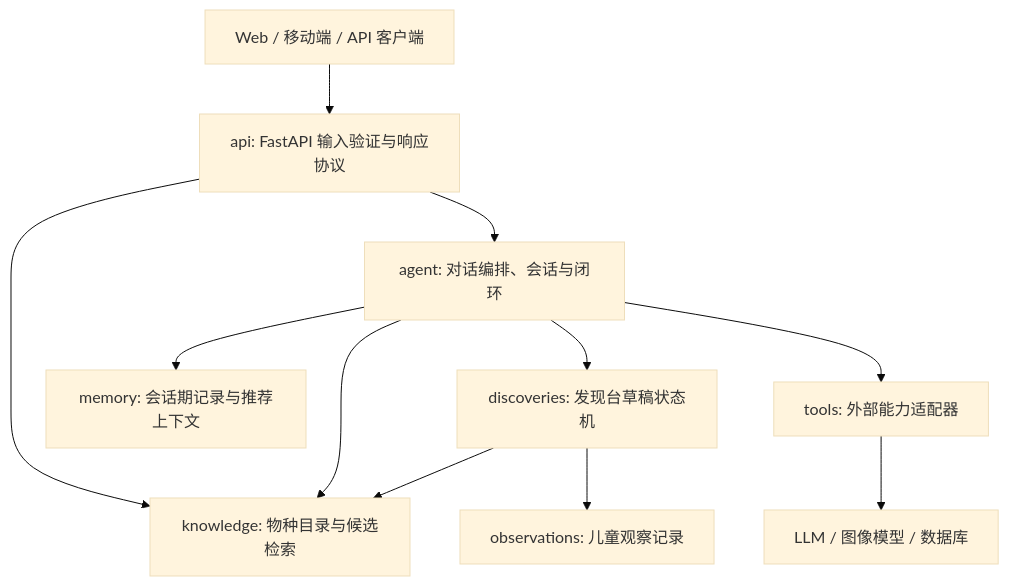
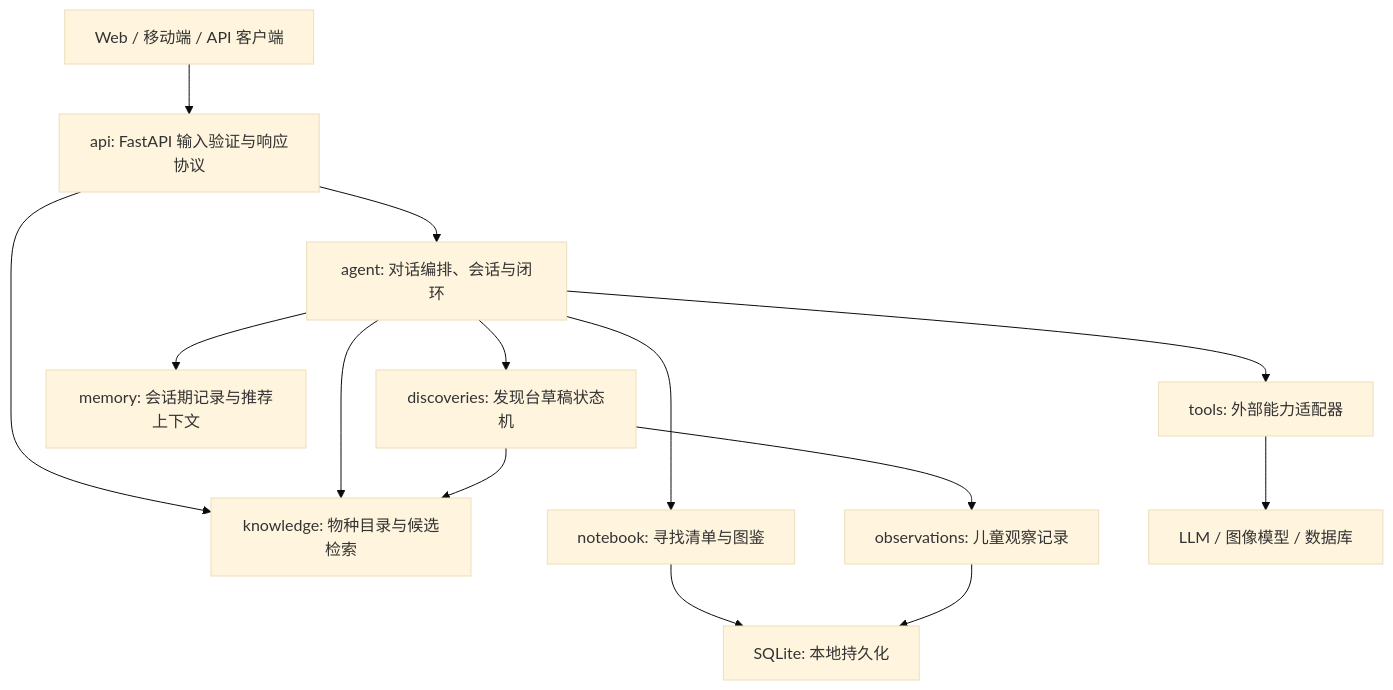
One commit to handsondad/nature-dex changed the first of 2 diagrams in docs/mvp-architecture.md. Above: the diagram before and after it, drawn with Mermaid (base theme). The commit also changed other lines of this file and 24 other files, not shown here.

````diff
--- a/docs/mvp-architecture.md
+++ b/docs/mvp-architecture.md
@@ -11,13 +11,16 @@
 ```mermaid
 flowchart TB
     Client[Web / 移动端 / API 客户端] --> API[api: FastAPI 输入验证与响应协议]
     API --> Agent[agent: 对话编排、会话与闭环]
     API --> Knowledge[knowledge: 物种目录与候选检索]
     Agent --> Knowledge
     Agent --> Discovery[discoveries: 发现台草稿状态机]
     Discovery --> Knowledge
     Discovery --> Observation[observations: 儿童观察记录]
     Agent --> Memory[memory: 会话期记录与推荐上下文]
+    Agent --> Notebook[notebook: 寻找清单与图鉴]
+    Notebook --> LocalDB[SQLite: 本地持久化]
+    Observation --> LocalDB
     Agent --> Tools[tools: 外部能力适配器]
     Tools --> External[LLM / 图像模型 / 数据库]
 ```
````
